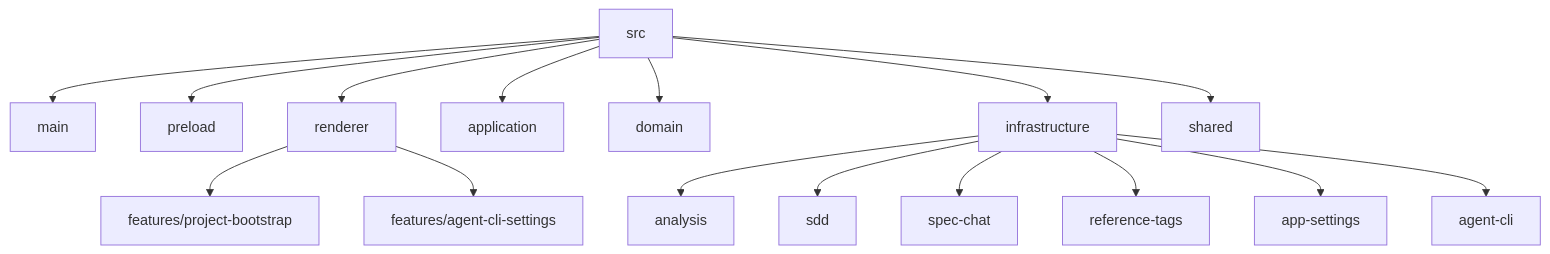
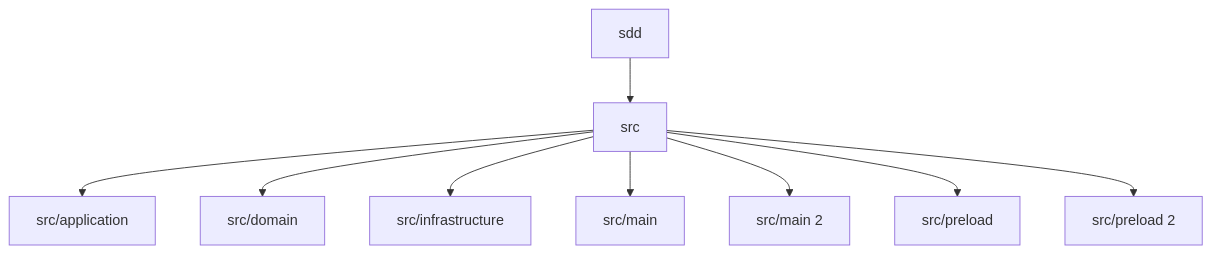
Before and after one commit to 723poil/sdd: the diagram in .sdd/analysis/structure.md, drawn with Mermaid. The commit also changed other lines of this file and 38 other files, not shown here.

Commit message:
refactor: untangle workbench, project ipc, and analysis storage modules

````diff
--- a/.sdd/analysis/structure.md
+++ b/.sdd/analysis/structure.md
@@ -11,21 +7,12 @@
 ```mermaid
-flowchart TD
-  src[src]
-  src --> main[main]
-  src --> preload[preload]
-  src --> renderer[renderer]
-  src --> application[application]
-  src --> domain[domain]
-  src --> infrastructure[infrastructure]
-  src --> shared[shared]
-
-  renderer --> workbench[features/project-bootstrap]
-  renderer --> settings[features/agent-cli-settings]
-
-  infrastructure --> analysis[analysis]
-  infrastructure --> storage[sdd]
-  infrastructure --> chat[spec-chat]
-  infrastructure --> tags[reference-tags]
-  infrastructure --> appSettings[app-settings]
-  infrastructure --> cli[agent-cli]
+flowchart TB
+  project["sdd"]
+  project --> root0["src"]
+  root0 --> child1["src/application"]
+  root0 --> child2["src/domain"]
+  root0 --> child3["src/infrastructure"]
+  root0 --> child4["src/main"]
+  root0 --> child5["src/main 2"]
+  root0 --> child6["src/preload"]
+  root0 --> child7["src/preload 2"]
 ```
````
